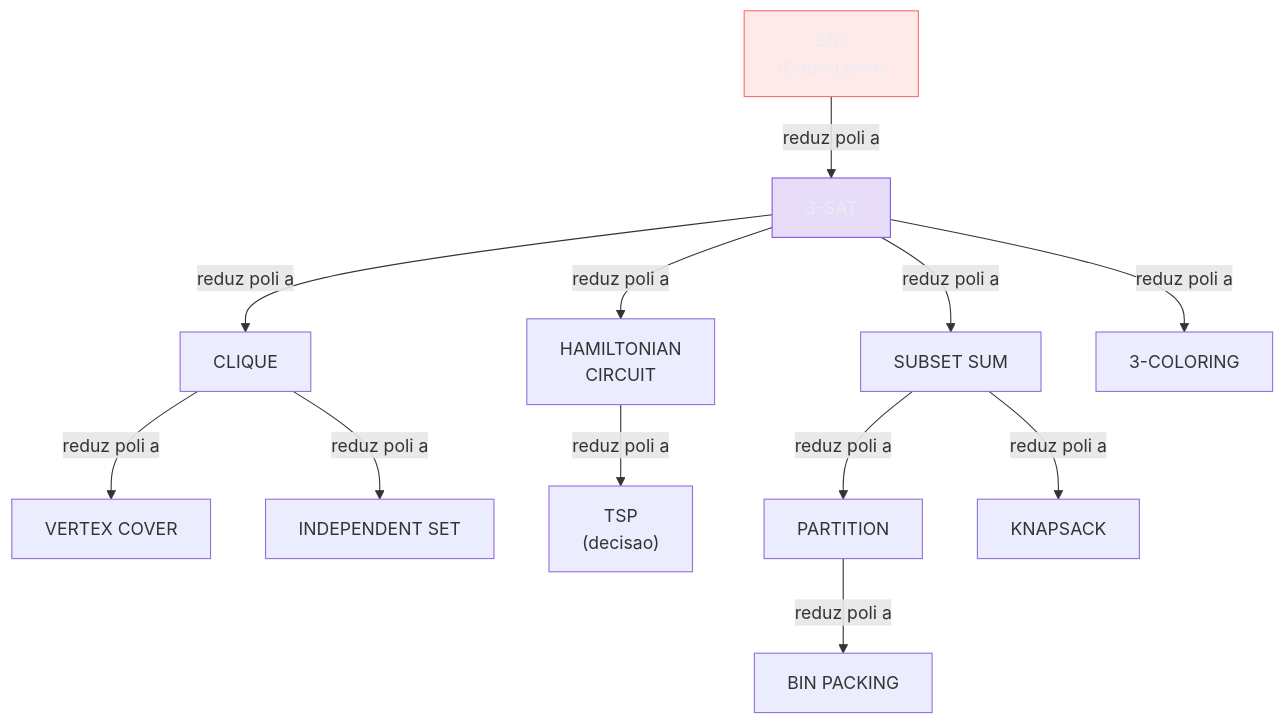
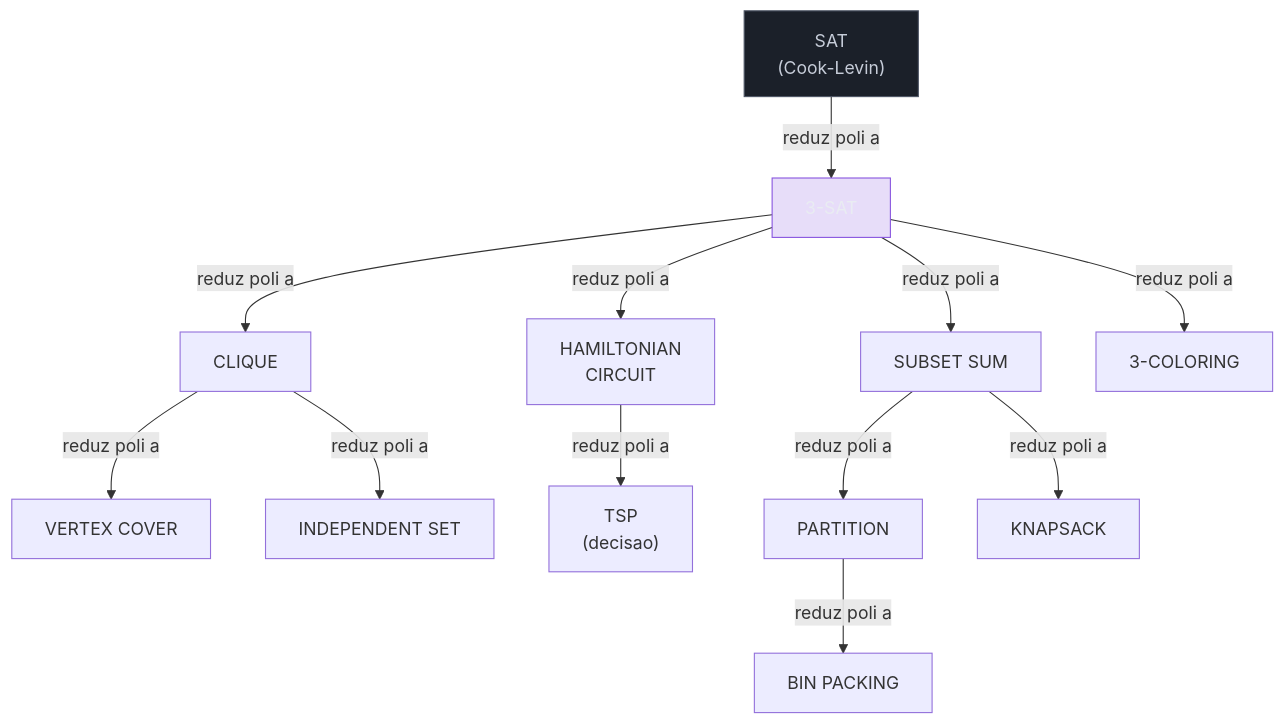
One commit to josenaldo/codex-technomanticus changed the third of 4 diagrams in 03-Dominios/Ciência/Teoria da Computação/15 - NP-completude - Cook-Levin e a cadeia de Karp.md. Above: the diagram before and after it, drawn with Mermaid. The commit also changed other lines of this file and 601 other files, not shown here.

````diff
--- a/03-Dominios/Ciência/Teoria da Computação/15 - NP-completude - Cook-Levin e a cadeia de Karp.md
+++ b/03-Dominios/Ciência/Teoria da Computação/15 - NP-completude - Cook-Levin e a cadeia de Karp.md
@@ -173,32 +172,32 @@
 ```mermaid
 flowchart TB
-    classDef falha fill:#FF6B6B24,stroke:#FF6B6B,color:#E9ECF2
+    classDef neutro fill:#1B2029,stroke:#4E5666,color:#C6CCD8
     classDef marca fill:#8855DF33,stroke:#8855DF,color:#E9ECF2
     SAT["SAT<br/>(Cook-Levin)"]
     SAT3["3-SAT"]
     CLIQUE["CLIQUE"]
     VC["VERTEX COVER"]
     HC["HAMILTONIAN<br/>CIRCUIT"]
     SS["SUBSET SUM"]
     IS["INDEPENDENT SET"]
     PART["PARTITION"]
     COL["3-COLORING"]
     TSP["TSP<br/>(decisao)"]
     BIN["BIN PACKING"]
     KNAP["KNAPSACK"]
 
     SAT -->|"reduz poli a"| SAT3
     SAT3 -->|"reduz poli a"| CLIQUE
     SAT3 -->|"reduz poli a"| HC
     SAT3 -->|"reduz poli a"| SS
     SAT3 -->|"reduz poli a"| COL
     CLIQUE -->|"reduz poli a"| VC
     CLIQUE -->|"reduz poli a"| IS
     SS -->|"reduz poli a"| PART
     SS -->|"reduz poli a"| KNAP
     PART -->|"reduz poli a"| BIN
     HC -->|"reduz poli a"| TSP
 
-    class SAT falha
+    class SAT neutro
     class SAT3 marca
 ```
````
